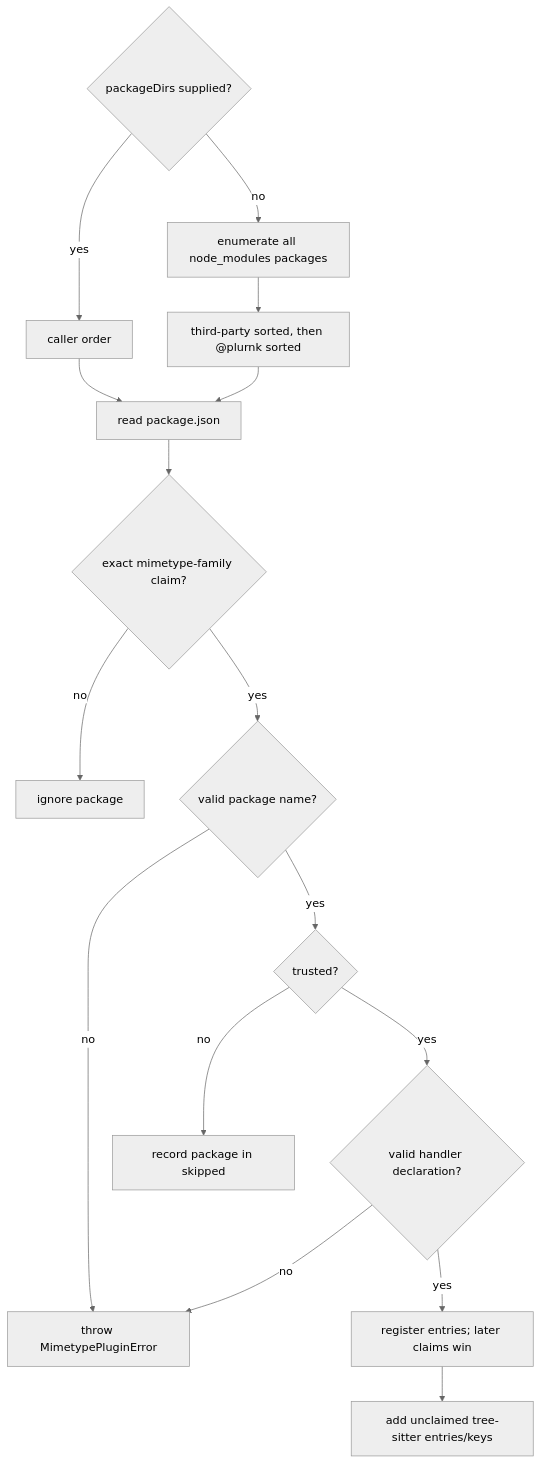
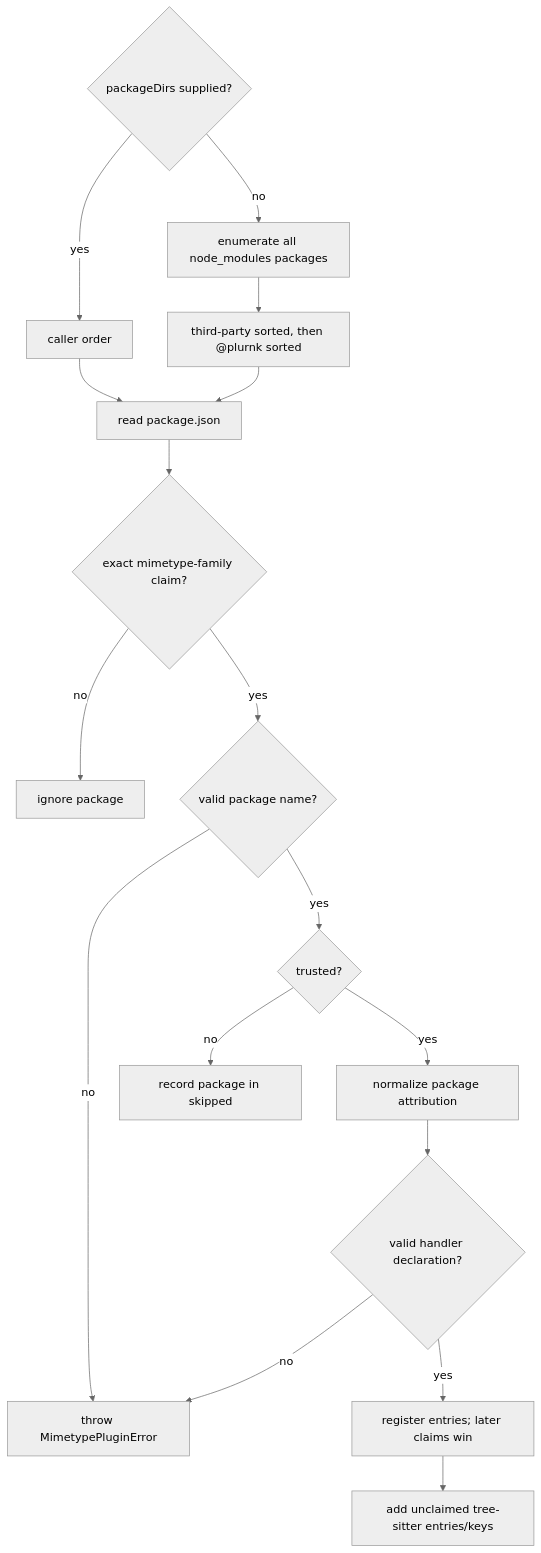
One commit to plurnk/plurnk-service changed the second of 4 diagrams in plurnk-mimetypes/SPEC.md. Above: the diagram before and after it, drawn with Mermaid (neutral theme). The commit also changed other lines of this file and 32 other files, not shown here.

Commit message:
refactor(plugins): normalize attribution at discovery (#108)

````diff
--- a/plurnk-mimetypes/SPEC.md
+++ b/plurnk-mimetypes/SPEC.md
@@ -116,19 +116,20 @@
 ```mermaid
 flowchart TD
     I{"packageDirs supplied?"}
     I -->|yes| E["caller order"]
     I -->|no| N["enumerate all node_modules packages"]
     N --> O["third-party sorted, then @plurnk sorted"]
     E --> M["read package.json"]
     O --> M
     M --> K{"exact mimetype-family claim?"}
     K -->|no| Z["ignore package"]
     K -->|yes| P{"valid package name?"}
     P -->|no| F["throw MimetypePluginError"]
     P -->|yes| T{"trusted?"}
     T -->|no| S["record package in skipped"]
-    T -->|yes| D{"valid handler declaration?"}
+    T -->|yes| A["normalize package attribution"]
+    A --> D{"valid handler declaration?"}
     D -->|no| F
     D -->|yes| G["register entries; later claims win"]
     G --> B["add unclaimed tree-sitter entries/keys"]
 ```
````
